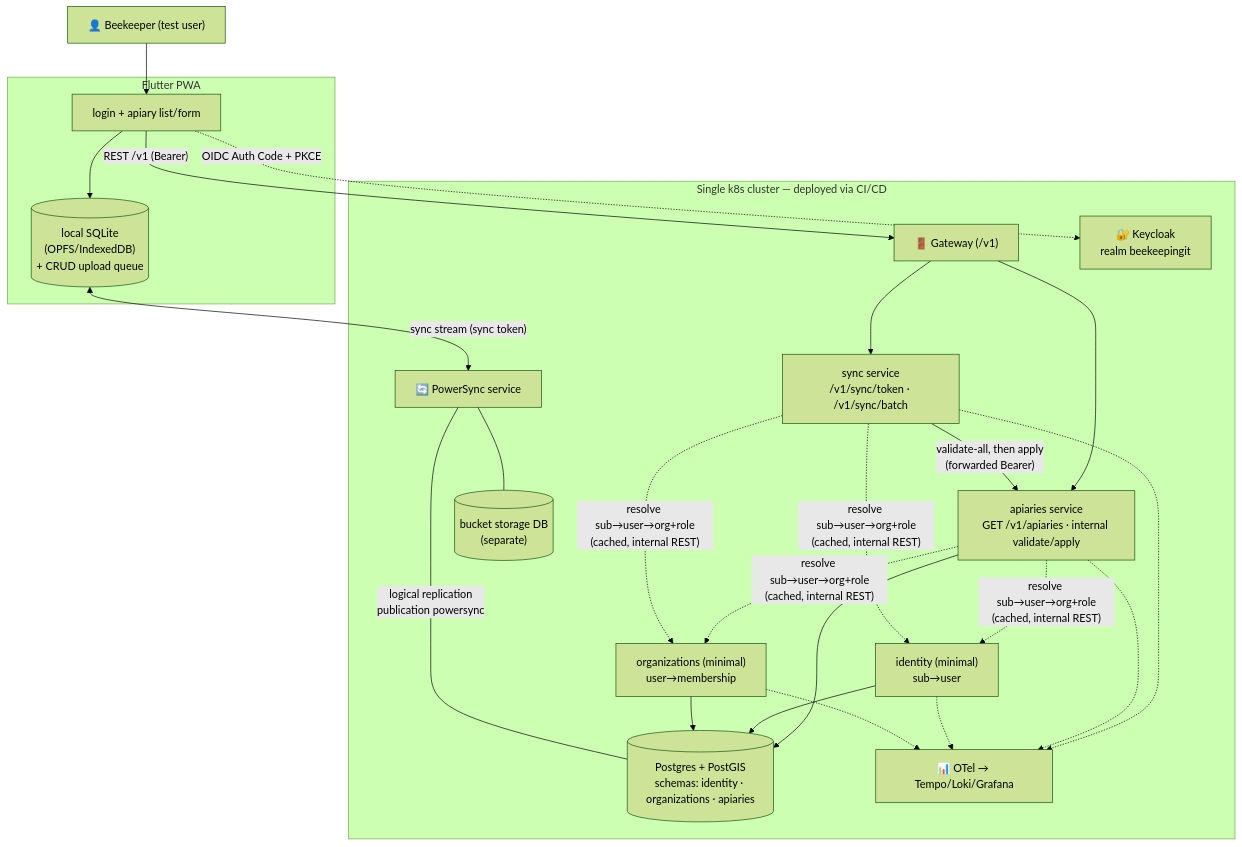
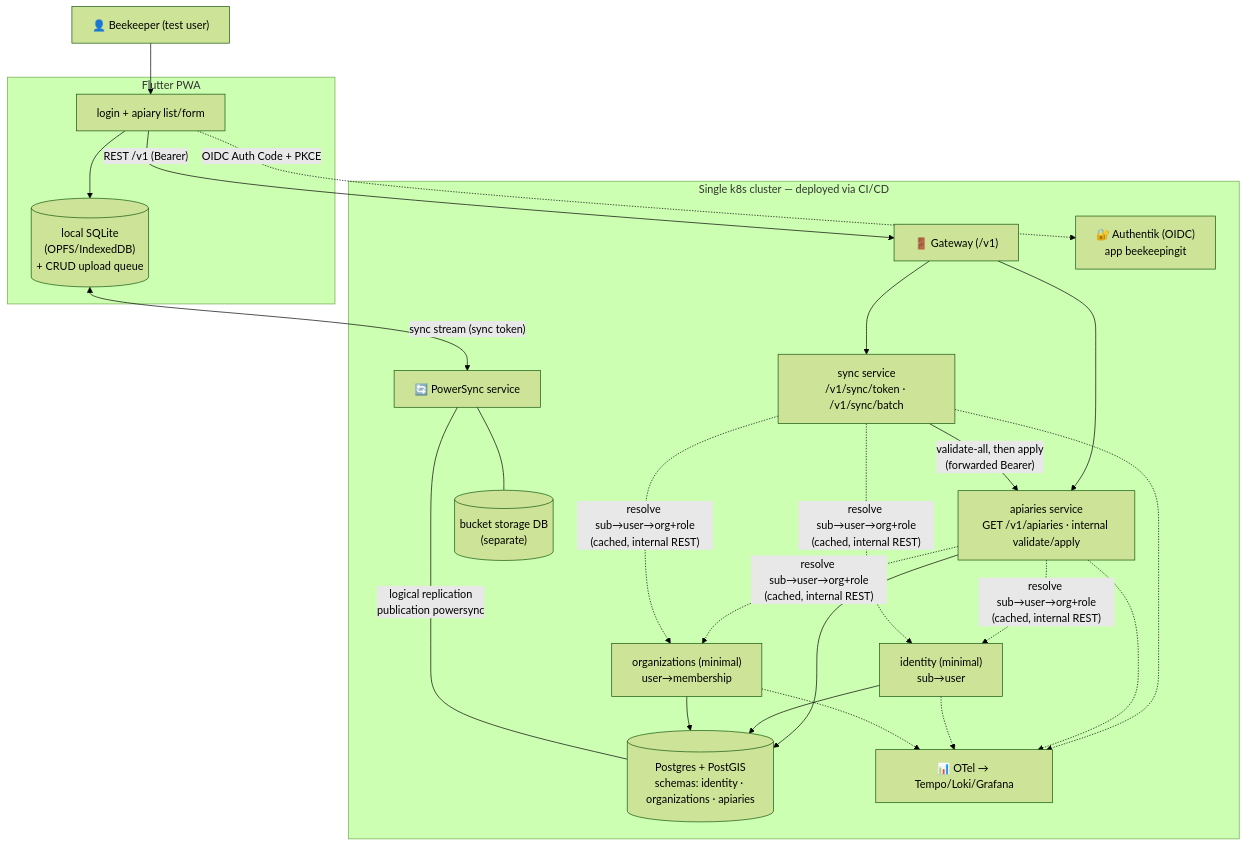
The first of 2 diagrams in docs/architecture/walking-skeleton.md (TiagoJVO/beekeepingit), drawn with Mermaid (forest theme) before and after one commit. The commit also changed other lines of this file and 17 other files, not shown here.

````diff
--- a/docs/architecture/walking-skeleton.md
+++ b/docs/architecture/walking-skeleton.md
@@ -112,38 +112,38 @@
 ```mermaid
 graph TB
     user["👤 Beekeeper (test user)"]
 
     subgraph client["Flutter PWA"]
         ui["login + apiary list/form"]
         ls[("local SQLite<br/>(OPFS/IndexedDB)<br/>+ CRUD upload queue")]
     end
 
     subgraph cluster["Single k8s cluster — deployed via CI/CD"]
         gw["🚪 Gateway (/v1)"]
-        kc["🔐 Keycloak<br/>realm beekeepingit"]
+        kc["🔐 Authentik (OIDC)<br/>app beekeepingit"]
         syncsvc["sync service<br/>/v1/sync/token · /v1/sync/batch"]
         apisvc["apiaries service<br/>GET /v1/apiaries · internal validate/apply"]
         idsvc["identity (minimal)<br/>sub→user"]
         orgsvc["organizations (minimal)<br/>user→membership"]
         ps["🔄 PowerSync service"]
         pg[("Postgres + PostGIS<br/>schemas: identity · organizations · apiaries")]
         psdb[("bucket storage DB<br/>(separate)")]
         obs["📊 OTel → Tempo/Loki/Grafana"]
     end
 
     user --> ui
     ui --> ls
     ui -.->|"OIDC Auth Code + PKCE"| kc
     ui -->|"REST /v1 (Bearer)"| gw
     ls <-->|"sync stream (sync token)"| ps
     gw --> syncsvc
     gw --> apisvc
     syncsvc -->|"validate-all, then apply<br/>(forwarded Bearer)"| apisvc
     apisvc & syncsvc -.->|"resolve sub→user→org+role<br/>(cached, internal REST)"| idsvc & orgsvc
     apisvc --> pg
     idsvc --> pg
     orgsvc --> pg
     ps ---|"logical replication<br/>publication powersync"| pg
     ps --- psdb
     syncsvc & apisvc & idsvc & orgsvc -.-> obs
 ```
````
